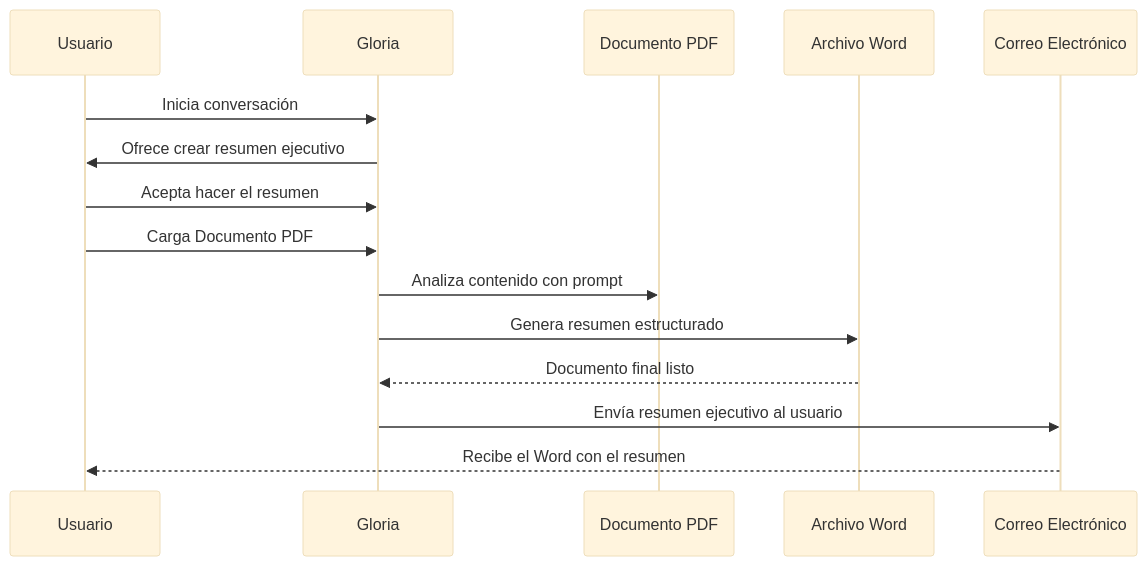
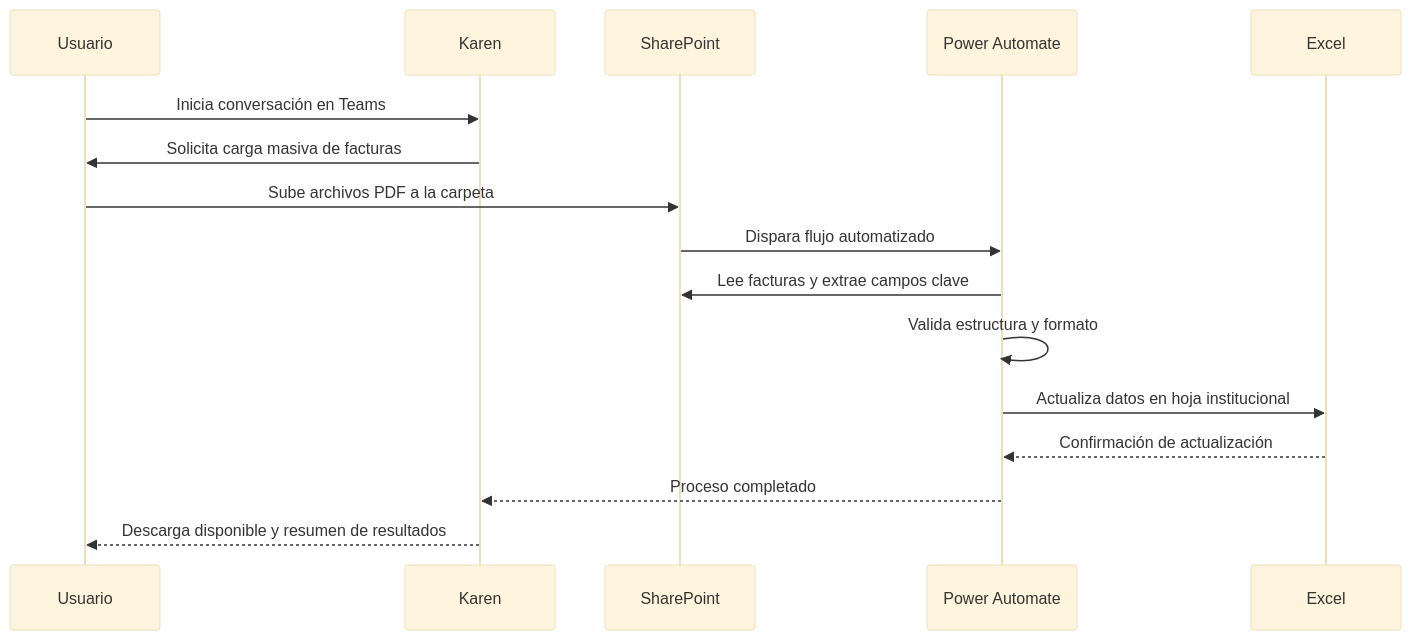
Before and after one commit to lab-innovacion-caf/Agentes: the second of 2 diagrams in README.md, drawn with Mermaid (base theme). The commit also changed other lines of this file, not shown here.

````diff
--- a/README.md
+++ b/README.md
@@ -93,18 +101,19 @@
 ```mermaid
 sequenceDiagram
     participant Usuario
-    participant Gloria
-    participant PDF as Documento PDF
-    participant Word as Archivo Word
-    participant Email as Correo Electrónico
+    participant Karen
+    participant SP as SharePoint
+    participant PA as Power Automate
+    participant Excel
 
-    Usuario->>Gloria: Inicia conversación
-    Gloria->>Usuario: Ofrece crear resumen ejecutivo
-    Usuario->>Gloria: Acepta hacer el resumen
-    Usuario->>Gloria: Carga Documento PDF
-    Gloria->>PDF: Analiza contenido con prompt
-    Gloria->>Word: Genera resumen estructurado
-    Word-->>Gloria: Documento final listo
-    Gloria->>Email: Envía resumen ejecutivo al usuario
-    Email-->>Usuario: Recibe el Word con el resumen
+    Usuario->>Karen: Inicia conversación en Teams
+    Karen->>Usuario: Solicita carga masiva de facturas
+    Usuario->>SP: Sube archivos PDF a la carpeta
+    SP->>PA: Dispara flujo automatizado
+    PA->>SP: Lee facturas y extrae campos clave
+    PA->>PA: Valida estructura y formato
+    PA->>Excel: Actualiza datos en hoja institucional
+    Excel-->>PA: Confirmación de actualización
+    PA-->>Karen: Proceso completado
+    Karen-->>Usuario: Descarga disponible y resumen de resultados
 ```
````
